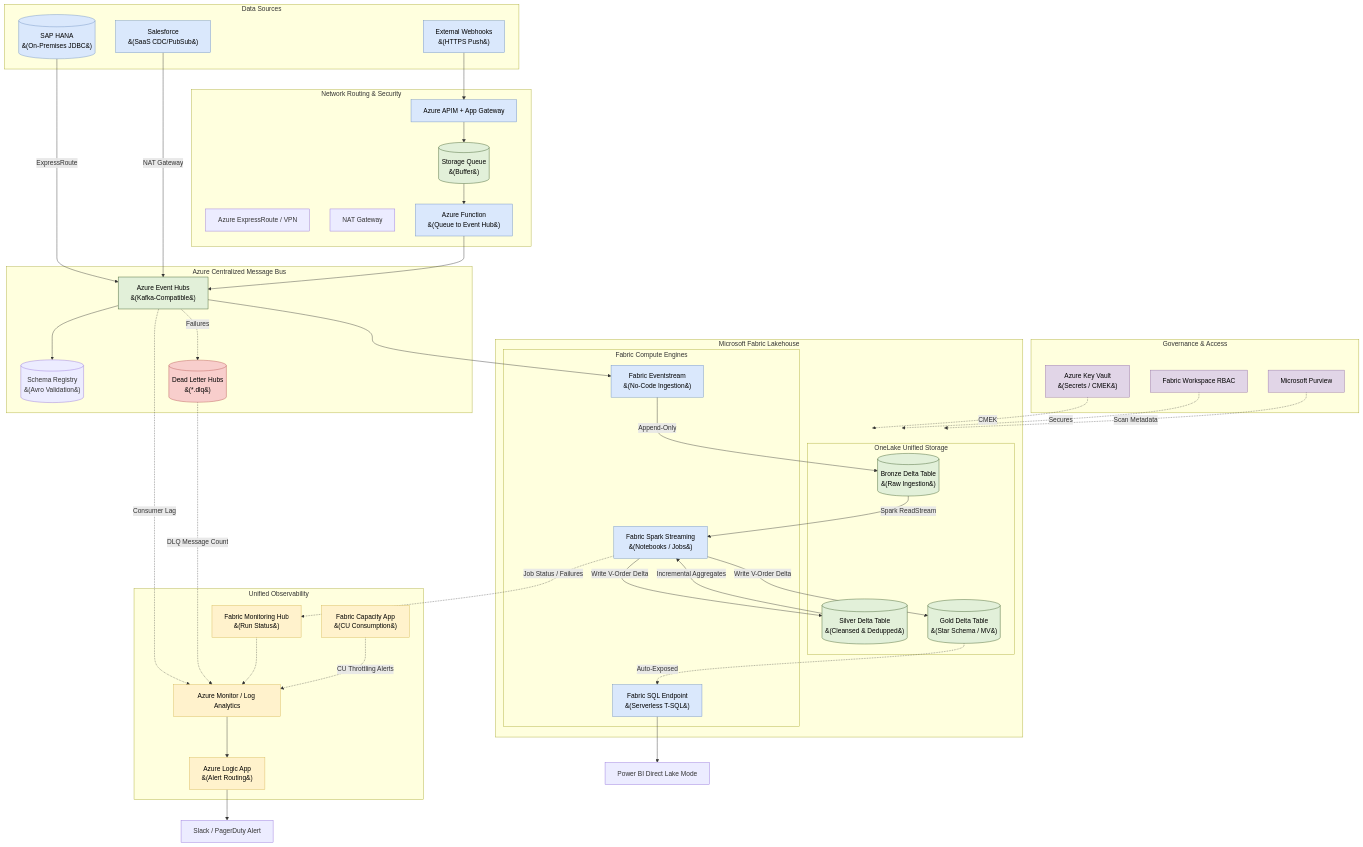
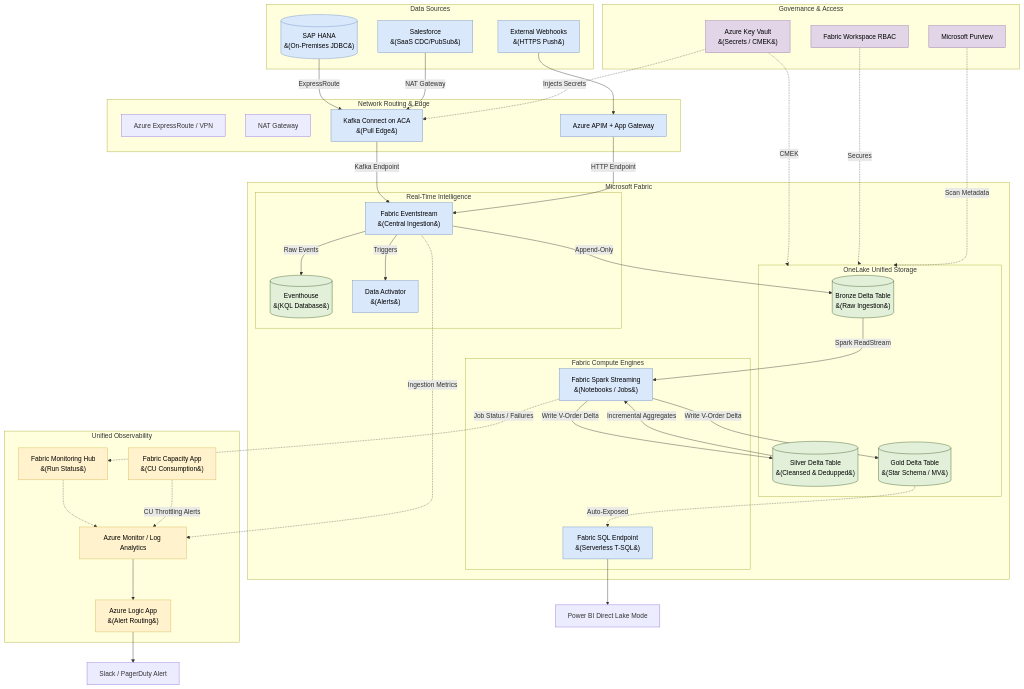
One commit to toanbui626391/data_architect changed the diagram in azure/realtime_lakehouse_architecture.md. Above: the diagram before and after it, drawn with Mermaid. The commit also changed other lines of this file and 2 other files, not shown here.

Commit message:
add fabric design

````diff
--- a/azure/realtime_lakehouse_architecture.md
+++ b/azure/realtime_lakehouse_architecture.md
@@ -30,23 +29,21 @@
     end
 
     %% Network & Edge
-    subgraph EdgeNetworking [Network Routing & Security]
+    subgraph EdgeNetworking [Network Routing & Edge]
         ExpressRoute["Azure ExpressRoute / VPN"]
         NAT["NAT Gateway"]
         APIM["Azure APIM + App Gateway"]
-        StoreQueue[("Storage Queue <br>&#40;Buffer&#41;")]
-        Function["Azure Function <br>&#40;Queue to Event Hub&#41;"]
+        ACA["Kafka Connect on ACA <br>&#40;Pull Edge&#41;"]
     end
 
-    %% Centralized Message Bus
-    subgraph MessageBus [Azure Centralized Message Bus]
-        EventHubs["Azure Event Hubs <br>&#40;Kafka-Compatible&#41;"]
-        SchemaReg[("Schema Registry <br>&#40;Avro Validation&#41;")]
-        DLQ[("Dead Letter Hubs <br>&#40;*.dlq&#41;")]
-    end
-
-    %% Microsoft Fabric Lakehouse
-    subgraph FabricLakehouse [Microsoft Fabric Lakehouse]
+    %% Microsoft Fabric
+    subgraph FabricLakehouse [Microsoft Fabric]
+        subgraph RealTime [Real-Time Intelligence]
+            Eventstream["Fabric Eventstream <br>&#40;Central Ingestion&#41;"]
+            Eventhouse[("Eventhouse <br>&#40;KQL Database&#41;")]
+            DataActivator["Data Activator <br>&#40;Alerts&#41;"]
+        end
+        
         subgraph OneLake [OneLake Unified Storage]
             Bronze[("Bronze Delta Table <br>&#40;Raw Ingestion&#41;")]
             Silver[("Silver Delta Table <br>&#40;Cleansed & Dedupped&#41;")]
@@ -54,7 +51,6 @@
         end
         
         subgraph Compute [Fabric Compute Engines]
-            Eventstream["Fabric Eventstream <br>&#40;No-Code Ingestion&#41;"]
             Spark["Fabric Spark Streaming <br>&#40;Notebooks / Jobs&#41;"]
             SQLEndpoint["Fabric SQL Endpoint <br>&#40;Serverless T-SQL&#41;"]
         end
@@ -76,18 +72,17 @@
     end
 
     %% Data Flow Routing
-    SAP -->|ExpressRoute| EventHubs
-    SF -->|NAT Gateway| EventHubs
+    SAP -->|ExpressRoute| ACA
+    SF -->|NAT Gateway| ACA
     Webhooks --> APIM
-    APIM --> StoreQueue
-    StoreQueue --> Function
-    Function --> EventHubs
 
-    EventHubs --> SchemaReg
-    EventHubs -.->|Failures| DLQ
+    ACA -->|Kafka Endpoint| Eventstream
+    APIM -->|HTTP Endpoint| Eventstream
 
-    EventHubs --> Eventstream
+    %% Routing inside Fabric Eventstream
+    Eventstream -->|Raw Events| Eventhouse
     Eventstream -->|Append-Only| Bronze
+    Eventstream -->|Triggers| DataActivator
     
     %% Medallion Flows via Spark
     Bronze -->|Spark ReadStream| Spark
@@ -100,13 +95,13 @@
     SQLEndpoint --> BI["Power BI Direct Lake Mode"]
 
     %% Security & Governance
+    KeyVault -.->|Injects Secrets| ACA
     KeyVault -.->|CMEK| OneLake
     Workspace -.->|Secures| OneLake
     Purview -.->|Scan Metadata| OneLake
 
     %% Telemetry Paths
-    EventHubs -.->|Consumer Lag| AzMonitor
-    DLQ -.->|DLQ Message Count| AzMonitor
+    Eventstream -.->|Ingestion Metrics| AzMonitor
     Spark -.->|Job Status / Failures| MonitorHub
     MonitorHub -.-> AzMonitor
     CapacityApp -.->|CU Throttling Alerts| AzMonitor
@@ -116,14 +111,12 @@
     %% Styling
     classDef storage fill:#e2f0d9,stroke:#385723,color:#000;
     classDef process fill:#dae8fc,stroke:#6c8ebf,color:#000;
-    classDef bad fill:#f8cecc,stroke:#b85450,color:#000;
     classDef monitor fill:#fff2cc,stroke:#d6b656,color:#000;
     classDef security fill:#e1d5e7,stroke:#9673a6,color:#000;
 
-    class Bronze,Silver,Gold,StoreQueue,EventHubs storage;
-    class SAP,SF,Webhooks,APIM,Function process;
-    class Eventstream,Spark,SQLEndpoint process;
-    class DLQ bad;
+    class Bronze,Silver,Gold,Eventhouse storage;
+    class SAP,SF,Webhooks,APIM,ACA process;
+    class Eventstream,Spark,SQLEndpoint,DataActivator process;
     class AzMonitor,CapacityApp,MonitorHub,LogicApp monitor;
     class Workspace,KeyVault,Purview security;
 ```
````
